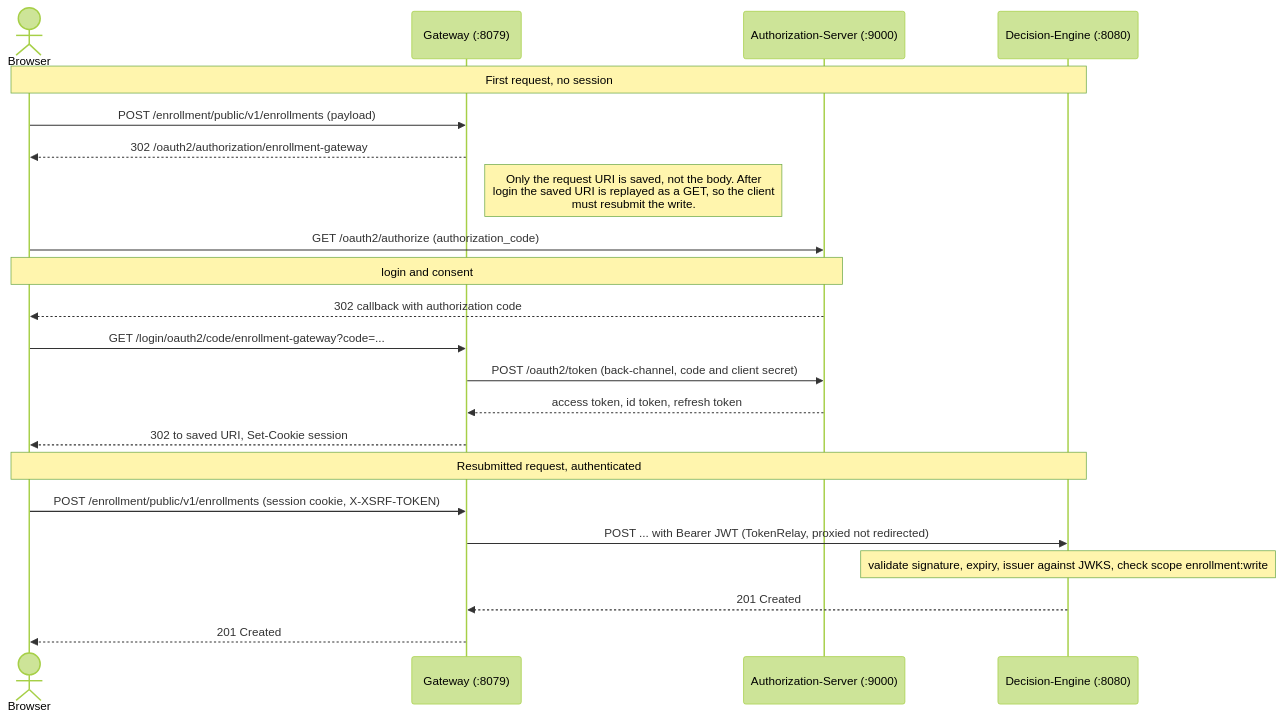
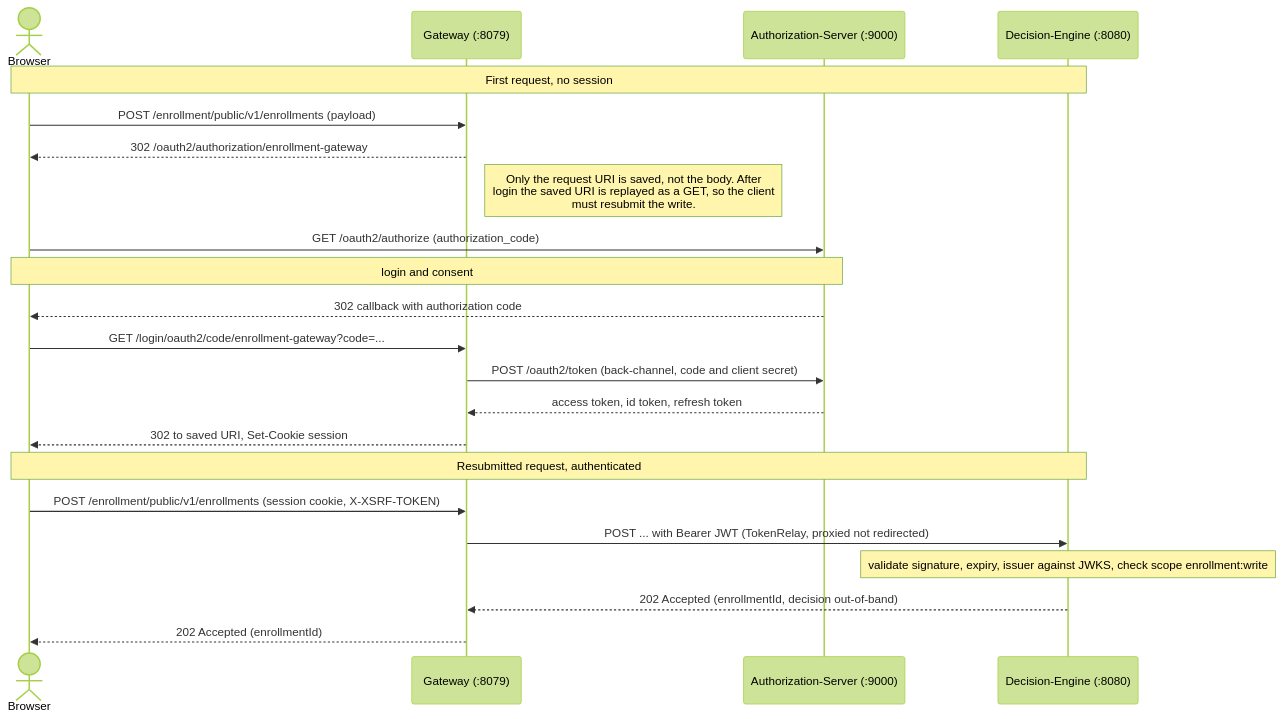
One commit to angelasindic/enrollment-hub changed the diagram in gateway/README.md. Above: the diagram before and after it, drawn with Mermaid (forest theme). The commit also changed other lines of this file and 18 other files, not shown here.

````diff
--- a/gateway/README.md
+++ b/gateway/README.md
@@ -9,27 +9,27 @@
 ```mermaid
 sequenceDiagram
     actor Browser
     participant GW as Gateway (:8079)
     participant IdP as Authorization-Server (:9000)
     participant DE as Decision-Engine (:8080)
 
     Note over Browser,DE: First request, no session
     Browser->>GW: POST /enrollment/public/v1/enrollments (payload)
     GW-->>Browser: 302 /oauth2/authorization/enrollment-gateway
     Note right of GW: Only the request URI is saved, not the body. After<br/>login the saved URI is replayed as a GET, so the client<br/>must resubmit the write.
 
     Browser->>IdP: GET /oauth2/authorize (authorization_code)
     Note over Browser,IdP: login and consent
     IdP-->>Browser: 302 callback with authorization code
     Browser->>GW: GET /login/oauth2/code/enrollment-gateway?code=...
     GW->>IdP: POST /oauth2/token (back-channel, code and client secret)
     IdP-->>GW: access token, id token, refresh token
     GW-->>Browser: 302 to saved URI, Set-Cookie session
 
     Note over Browser,DE: Resubmitted request, authenticated
     Browser->>GW: POST /enrollment/public/v1/enrollments (session cookie, X-XSRF-TOKEN)
     GW->>DE: POST ... with Bearer JWT (TokenRelay, proxied not redirected)
     Note over DE: validate signature, expiry, issuer against JWKS, check scope enrollment:write
-    DE-->>GW: 201 Created
-    GW-->>Browser: 201 Created
+    DE-->>GW: 202 Accepted (enrollmentId, decision out-of-band)
+    GW-->>Browser: 202 Accepted (enrollmentId)
 ```
````
